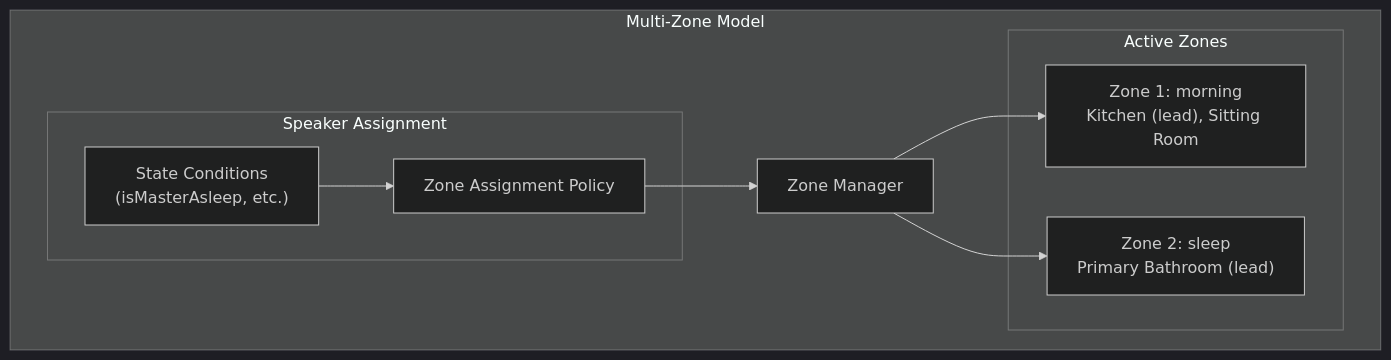
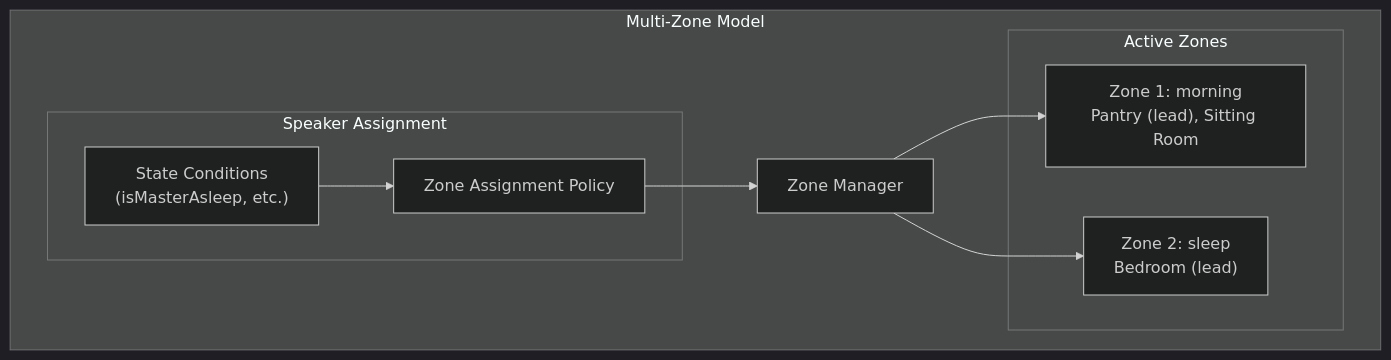
One commit to NickBorgers/home-automation changed the second of 4 diagrams in docs/architecture/MULTI_ZONE_MUSIC.md. Above: the diagram before and after it, drawn with Mermaid (dark theme). The commit also changed other lines of this file and 6 other files, not shown here.

````diff
--- a/docs/architecture/MULTI_ZONE_MUSIC.md
+++ b/docs/architecture/MULTI_ZONE_MUSIC.md
@@ -41,21 +41,21 @@
 ```mermaid
 flowchart TB
     subgraph Proposed["Multi-Zone Model"]
         zoneManager["Zone Manager"]
 
         subgraph Zones["Active Zones"]
-            zone1["Zone 1: morning<br/>Kitchen (lead), Sitting Room"]
-            zone2["Zone 2: sleep<br/>Primary Bathroom (lead)"]
+            zone1["Zone 1: morning<br/>Pantry (lead), Sitting Room"]
+            zone2["Zone 2: sleep<br/>Bedroom (lead)"]
         end
 
         subgraph SpeakerAssignment["Speaker Assignment"]
             policy["Zone Assignment Policy"]
             conditions["State Conditions<br/>(isMasterAsleep, etc.)"]
         end
     end
 
     zoneManager --> zone1
     zoneManager --> zone2
     policy --> zoneManager
     conditions --> policy
 ```
````
